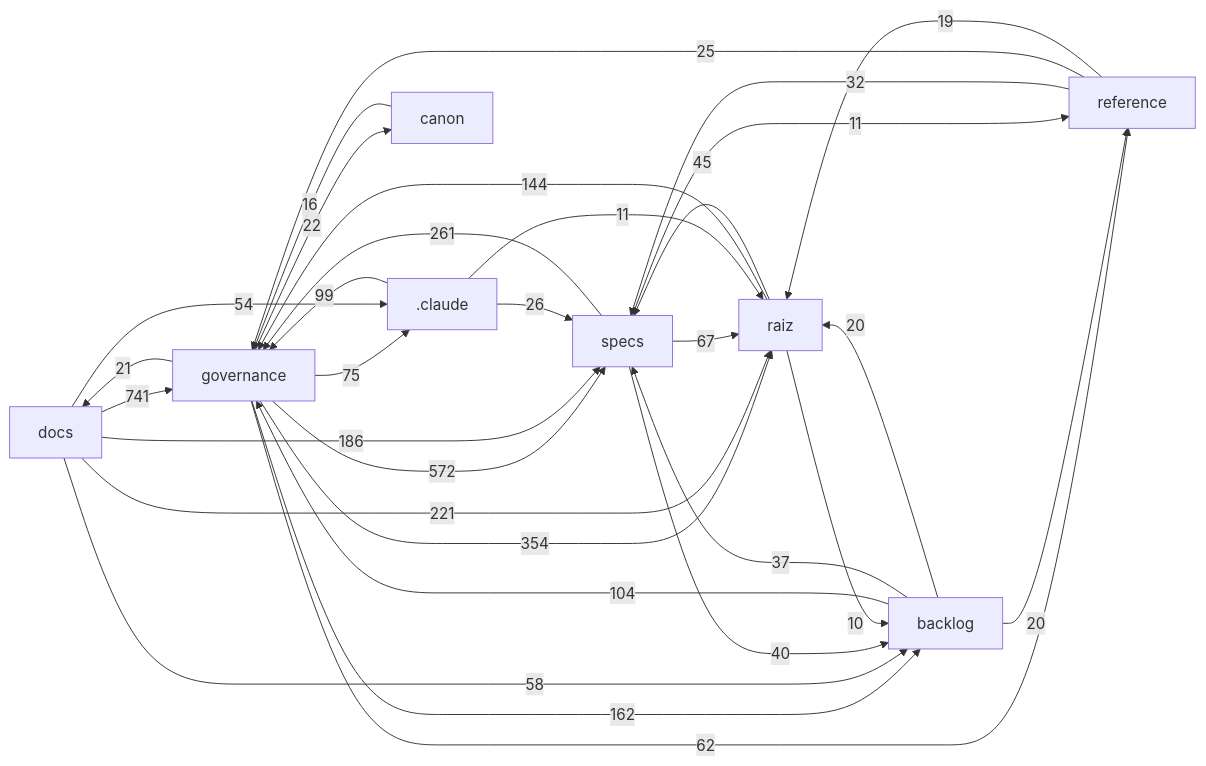
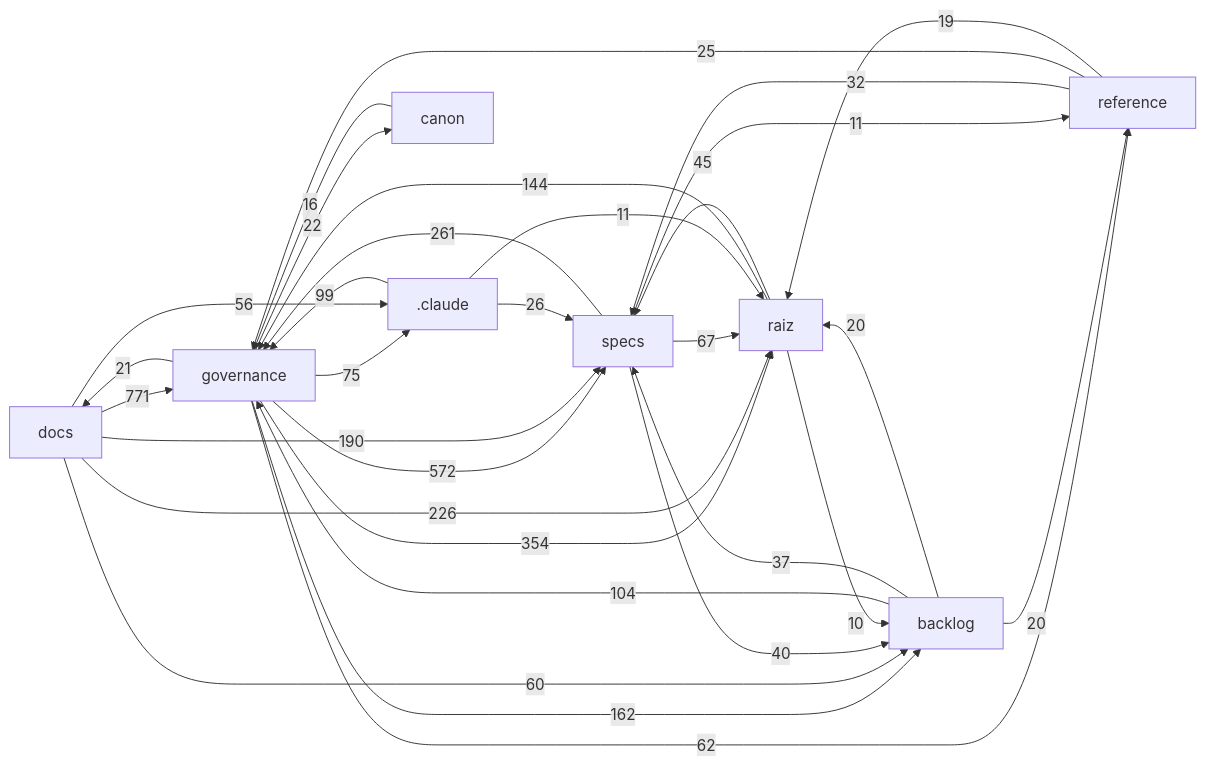
Before and after one commit to Andraus35/Sistema-Operacional-de-Trading--SOT: the diagram in docs/mapa/MAPA-PROJETO.md, drawn with Mermaid. The commit also changed other lines of this file and 3 other files, not shown here.

````diff
--- a/docs/mapa/MAPA-PROJETO.md
+++ b/docs/mapa/MAPA-PROJETO.md
@@ -29,33 +29,33 @@
 ```mermaid
 flowchart LR
-  docs["docs"] -->|741| governance["governance"]
+  docs["docs"] -->|771| governance["governance"]
   governance["governance"] -->|572| specs["specs"]
   governance["governance"] -->|354| raiz["raiz"]
   specs["specs"] -->|261| governance["governance"]
-  docs["docs"] -->|221| raiz["raiz"]
-  docs["docs"] -->|186| specs["specs"]
+  docs["docs"] -->|226| raiz["raiz"]
+  docs["docs"] -->|190| specs["specs"]
   governance["governance"] -->|162| backlog["backlog"]
   raiz["raiz"] -->|144| governance["governance"]
   backlog["backlog"] -->|104| governance["governance"]
   _claude[".claude"] -->|99| governance["governance"]
   governance["governance"] -->|75| _claude[".claude"]
   specs["specs"] -->|67| raiz["raiz"]
   governance["governance"] -->|62| reference["reference"]
-  docs["docs"] -->|58| backlog["backlog"]
-  docs["docs"] -->|54| _claude[".claude"]
+  docs["docs"] -->|60| backlog["backlog"]
+  docs["docs"] -->|56| _claude[".claude"]
   raiz["raiz"] -->|45| specs["specs"]
   specs["specs"] -->|40| backlog["backlog"]
   backlog["backlog"] -->|37| specs["specs"]
   reference["reference"] -->|32| specs["specs"]
   _claude[".claude"] -->|26| specs["specs"]
   reference["reference"] -->|25| governance["governance"]
   governance["governance"] -->|22| canon["canon"]
   governance["governance"] -->|21| docs["docs"]
   backlog["backlog"] -->|20| raiz["raiz"]
   backlog["backlog"] -->|20| reference["reference"]
   reference["reference"] -->|19| raiz["raiz"]
   canon["canon"] -->|16| governance["governance"]
   _claude[".claude"] -->|11| raiz["raiz"]
   specs["specs"] -->|11| reference["reference"]
   raiz["raiz"] -->|10| backlog["backlog"]
 ```
````
